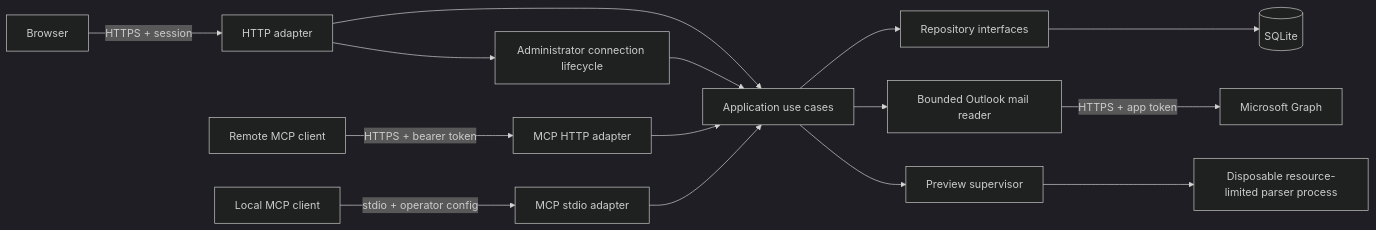
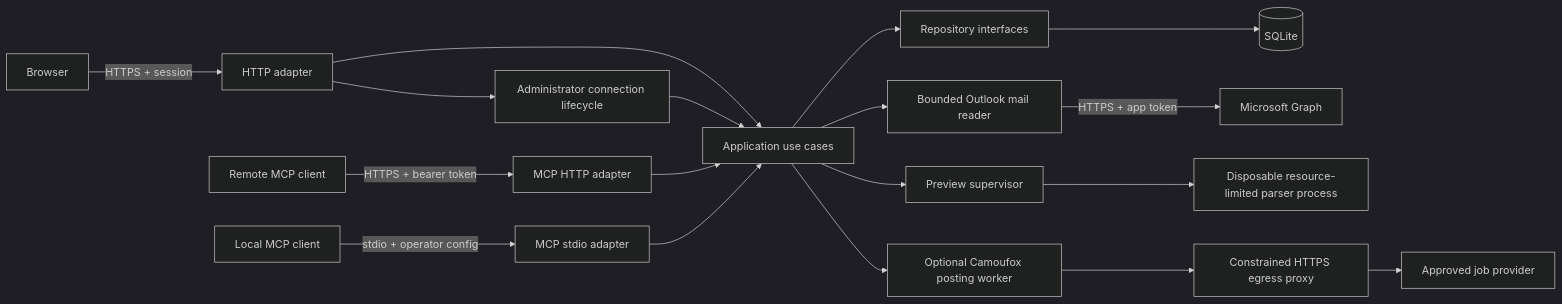
The diagram in docs/architecture.md (romprod/application-tracker), drawn with Mermaid (dark theme) before and after one commit. The commit also changed other lines of this file and 32 other files, not shown here.

First line of the commit message:
Productionize bounded Camoufox posting inspection fallback (#88)

````diff
--- a/docs/architecture.md
+++ b/docs/architecture.md
@@ -35,17 +35,20 @@
 ```mermaid
 flowchart LR
   Browser["Browser"] -->|"HTTPS + session"| HTTP["HTTP adapter"]
   RemoteMCP["Remote MCP client"] -->|"HTTPS + bearer token"| MCPHTTP["MCP HTTP adapter"]
   LocalMCP["Local MCP client"] -->|"stdio + operator config"| MCPStdio["MCP stdio adapter"]
   HTTP --> UseCases["Application use cases"]
   MCPHTTP --> UseCases
   MCPStdio --> UseCases
   HTTP --> Connections["Administrator connection lifecycle"]
   Connections --> UseCases
   UseCases --> Repositories["Repository interfaces"]
   Repositories --> SQLite[("SQLite")]
   UseCases --> GraphMail["Bounded Outlook mail reader"]
   GraphMail -->|"HTTPS + app token"| Graph["Microsoft Graph"]
   UseCases --> PreviewQueue["Preview supervisor"]
   PreviewQueue --> Worker["Disposable resource-limited parser process"]
+  UseCases --> PostingWorker["Optional Camoufox posting worker"]
+  PostingWorker --> Egress["Constrained HTTPS egress proxy"]
+  Egress --> Provider["Approved job provider"]
 ```
````
